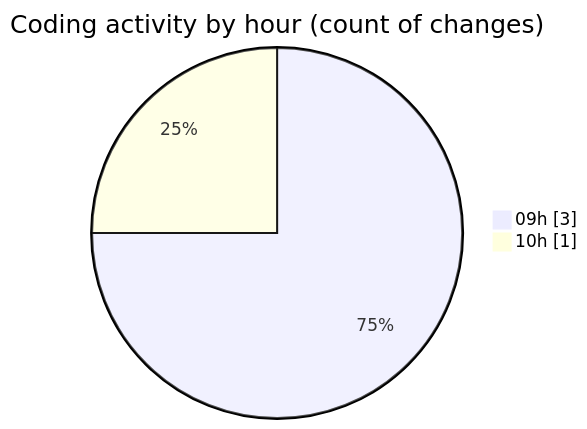
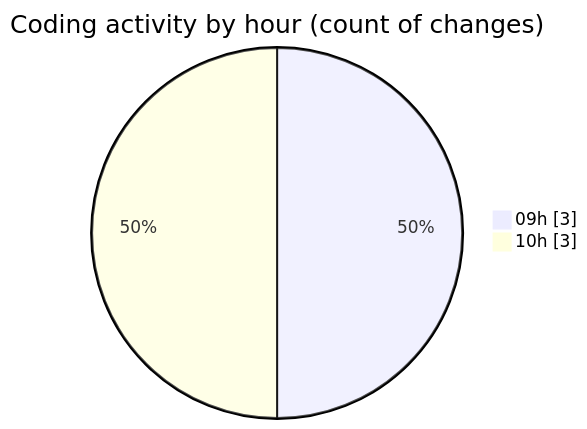
One commit to julien-gomy/code-tracking changed the second of 2 diagrams in 2025-10-28/cdp_aleoudev_fr__workspace_/README.md. Above: the diagram before and after it, drawn with Mermaid. The commit also changed other lines of this file and 1 other file, not shown here.

````diff
--- a/2025-10-28/cdp_aleoudev_fr__workspace_/README.md
+++ b/2025-10-28/cdp_aleoudev_fr__workspace_/README.md
@@ -29,6 +29,6 @@
 ```mermaid
 pie showData
 title Coding activity by hour (count of changes)
 "09h" : 3
-"10h" : 1
+"10h" : 3
 ```
````
